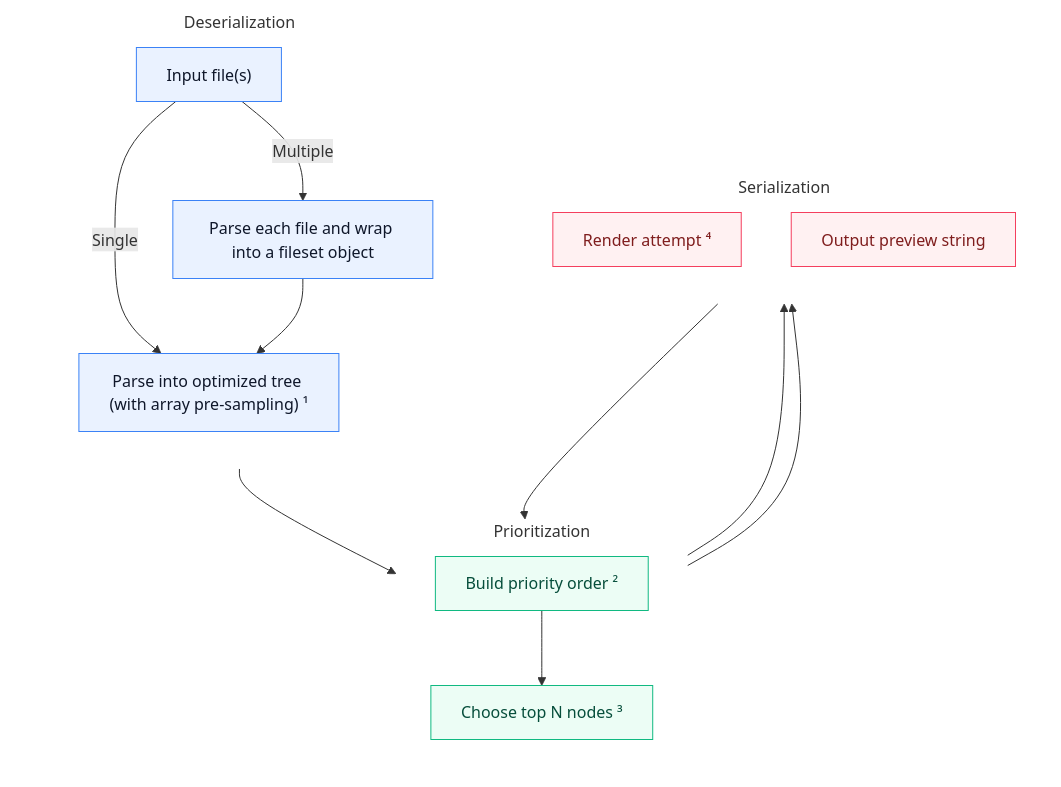
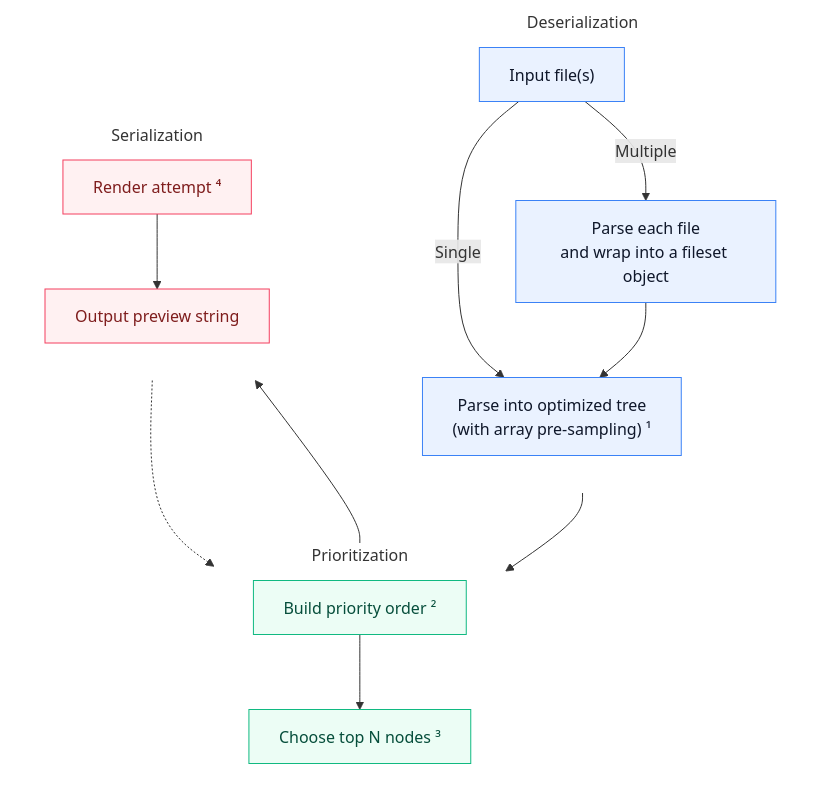
Before and after one commit to kantord/headson: the diagram in docs/diagrams/algorithm.mmd, drawn with Mermaid. The commit also changed other lines of this file and 2 other files, not shown here.

```diff
--- a/docs/diagrams/algorithm.mmd
+++ b/docs/diagrams/algorithm.mmd
@@ -1,33 +1,33 @@
 flowchart TD
     subgraph Deserialization
         direction TB
         A["Input file(s)"]
-        A -- Single --> C["Parse into optimized tree (with array pre‑sampling) ¹"]
-        A -- Multiple --> D["Parse each file and wrap into a fileset object"]
+        A -- Single --> C["Parse into optimized tree<br/>(with array pre‑sampling) ¹"]
+        A -- Multiple --> D["Parse each file<br/>and wrap into a fileset object"]
         D --> C
     end
     subgraph Prioritization
         direction TB
         E["Build priority order ²"]
         F["Choose top N nodes ³"]
     end
     subgraph Serialization
         direction TB
         G["Render attempt ⁴"]
         H["Output preview string"]
     end
     C --> E
     E --> F
     F --> G
-    G --> F
-    F --> H
+    G -.-> F
+    G --> H
     %% Color classes for categories
     classDef des fill:#eaf2ff,stroke:#3b82f6,stroke-width:1px,color:#0f172a;
     classDef prio fill:#ecfdf5,stroke:#10b981,stroke-width:1px,color:#064e3b;
     classDef ser fill:#fff1f2,stroke:#f43f5e,stroke-width:1px,color:#7f1d1d;
     class A,C,D des;
     class E,F prio;
     class G,H ser;
     style Deserialization fill:transparent,stroke:transparent
     style Prioritization fill:transparent,stroke:transparent
     style Serialization fill:transparent,stroke:transparent
```
